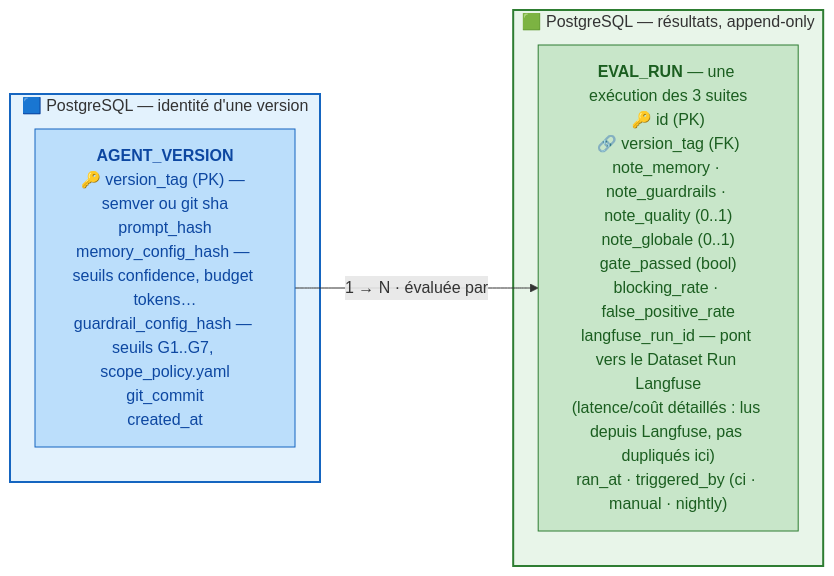
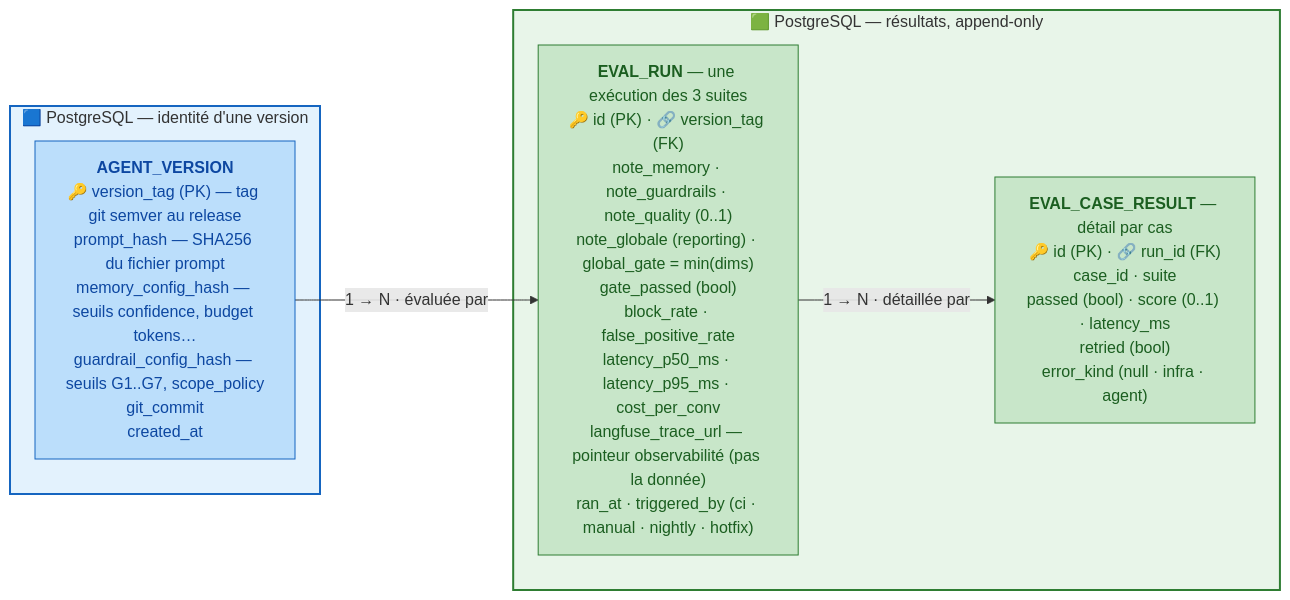
Before and after one commit to sofiane-git/velmo-v2: the first of 3 diagrams in docs/job/conceptions/conception_chantier3_evaluation_mlops.md, drawn with Mermaid. The commit also changed other lines of this file and 1 other file, not shown here.

First line of the commit message:
docs(conception): make chantier3 gate depend only on local Postgres data

````diff
--- a/docs/job/conceptions/conception_chantier3_evaluation_mlops.md
+++ b/docs/job/conceptions/conception_chantier3_evaluation_mlops.md
@@ -37,19 +89,21 @@
 ```mermaid
 flowchart LR
     subgraph AV["🟦 PostgreSQL — identité d'une version"]
-        VER["<b>AGENT_VERSION</b><br/>🔑 version_tag (PK) — semver ou git sha<br/>prompt_hash<br/>memory_config_hash — seuils confidence, budget tokens…<br/>guardrail_config_hash — seuils G1..G7, scope_policy.yaml<br/>git_commit<br/>created_at"]
+        VER["<b>AGENT_VERSION</b><br/>🔑 version_tag (PK) — tag git semver au release<br/>prompt_hash — SHA256 du fichier prompt<br/>memory_config_hash — seuils confidence, budget tokens…<br/>guardrail_config_hash — seuils G1..G7, scope_policy<br/>git_commit<br/>created_at"]
     end
 
     subgraph ER["🟩 PostgreSQL — résultats, append-only"]
-        RUN["<b>EVAL_RUN</b> — une exécution des 3 suites<br/>🔑 id (PK)<br/>🔗 version_tag (FK)<br/>note_memory · note_guardrails · note_quality (0..1)<br/>note_globale (0..1)<br/>gate_passed (bool)<br/>blocking_rate · false_positive_rate<br/>langfuse_run_id — pont vers le Dataset Run Langfuse<br/>(latence/coût détaillés : lus depuis Langfuse, pas dupliqués ici)<br/>ran_at · triggered_by (ci · manual · nightly)"]
+        RUN["<b>EVAL_RUN</b> — une exécution des 3 suites<br/>🔑 id (PK) · 🔗 version_tag (FK)<br/>note_memory · note_guardrails · note_quality (0..1)<br/>note_globale (reporting) · global_gate = min(dims)<br/>gate_passed (bool)<br/>block_rate · false_positive_rate<br/>latency_p50_ms · latency_p95_ms · cost_per_conv<br/>langfuse_trace_url — pointeur observabilité (pas la donnée)<br/>ran_at · triggered_by (ci · manual · nightly · hotfix)"]
+        CASE["<b>EVAL_CASE_RESULT</b> — détail par cas<br/>🔑 id (PK) · 🔗 run_id (FK)<br/>case_id · suite<br/>passed (bool) · score (0..1) · latency_ms<br/>retried (bool)<br/>error_kind (null · infra · agent)"]
     end
 
     VER -->|"1 → N · évaluée par"| RUN
+    RUN -->|"1 → N · détaillée par"| CASE
 
     classDef verNode fill:#bbdefb,stroke:#1565c0,color:#0d47a1;
     classDef runNode fill:#c8e6c9,stroke:#2e7d32,color:#1b5e20;
     class VER verNode;
-    class RUN runNode;
+    class RUN,CASE runNode;
     style AV fill:#e3f2fd,stroke:#1565c0,stroke-width:2px;
     style ER fill:#e8f5e9,stroke:#2e7d32,stroke-width:2px;
 ```
````
